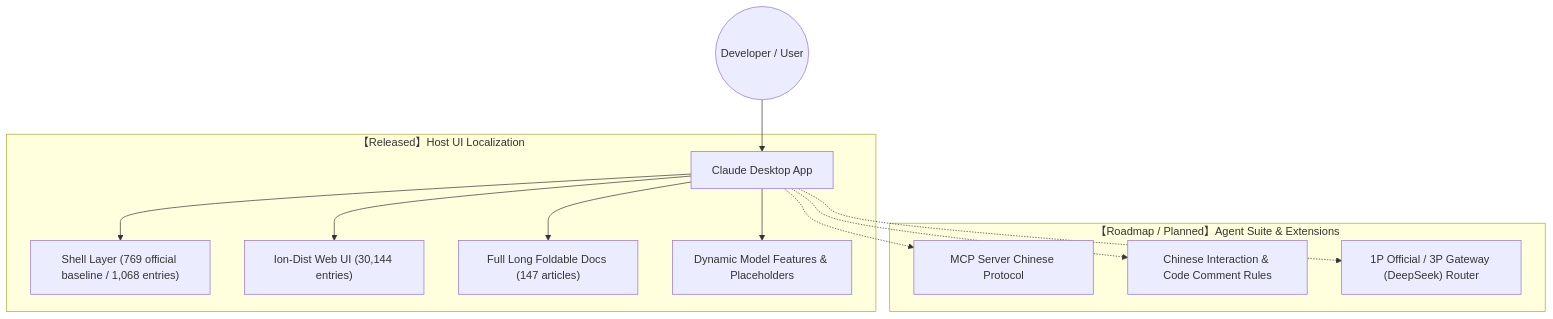
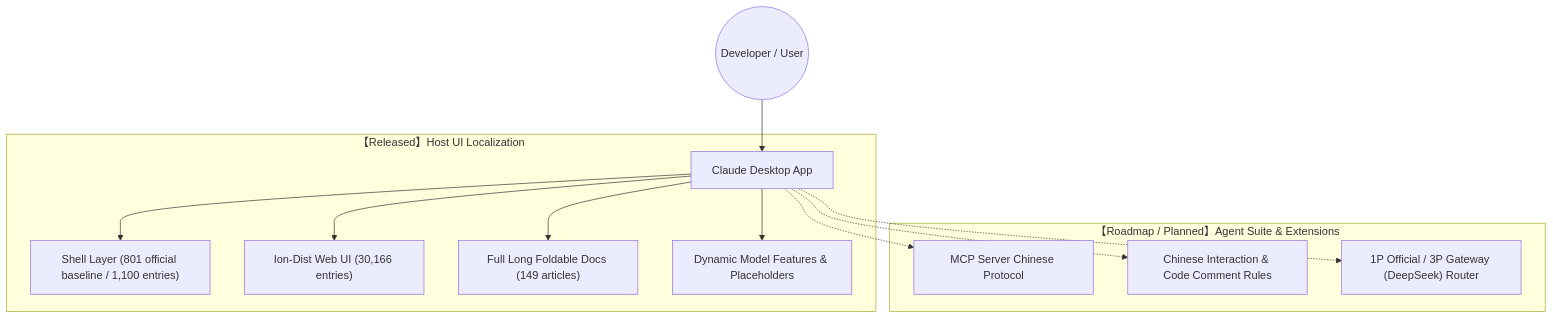
One commit to yiheng8023/claude-chinese changed the first of 2 diagrams in README.en.md. Above: the diagram before and after it, drawn with Mermaid. The commit also changed other lines of this file and 7 other files, not shown here.

Commit message:
release: v1.2.78 (Upstream v2.31226.0.0 Architecture Adaptation & 1M Long Docs)

````diff
--- a/README.en.md
+++ b/README.en.md
@@ -43,17 +43,17 @@
 ```mermaid
 graph TD
     User((Developer / User)) --> ClaudeApp[Claude Desktop App]
     
     subgraph Mode1 ["【Released】Host UI Localization"]
-        ClaudeApp --> ShellLayer["Shell Layer (769 official baseline / 1,068 entries)"]
-        ClaudeApp --> WebUILayer["Ion-Dist Web UI (30,144 entries)"]
-        ClaudeApp --> LongDocsLayer["Full Long Foldable Docs (147 articles)"]
+        ClaudeApp --> ShellLayer["Shell Layer (801 official baseline / 1,100 entries)"]
+        ClaudeApp --> WebUILayer["Ion-Dist Web UI (30,166 entries)"]
+        ClaudeApp --> LongDocsLayer["Full Long Foldable Docs (149 articles)"]
         ClaudeApp --> DynamicLayer["Dynamic Model Features & Placeholders"]
     end
     
     subgraph Mode2 ["【Roadmap / Planned】Agent Suite & Extensions"]
         ClaudeApp -.-> MCP["MCP Server Chinese Protocol"]
         ClaudeApp -.-> Rules["Chinese Interaction & Code Comment Rules"]
         ClaudeApp -.-> Switcher["1P Official / 3P Gateway (DeepSeek) Router"]
     end
 ```
````
